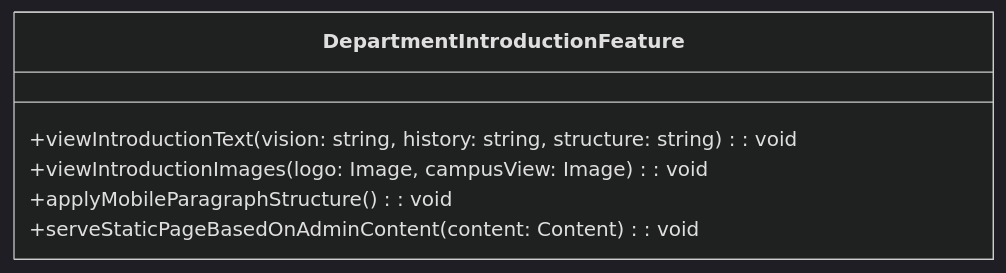
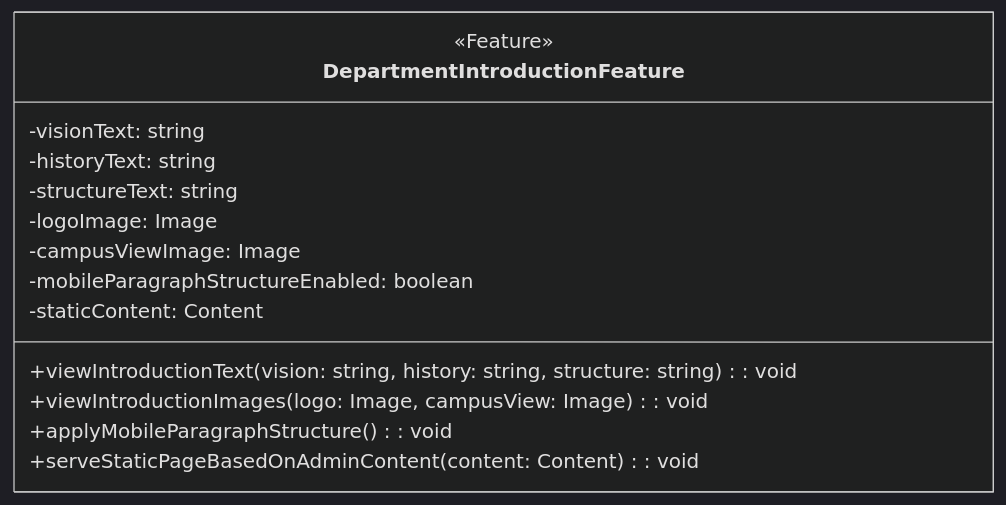
One commit to sun922/University-SoftwareDesign changed the first of 4 diagrams in 1. Requirement Analysis/Software Requirements Specification.md. Above: the diagram before and after it, drawn with Mermaid (dark theme).

Commit message:
다이어그램

````diff
--- a/1. Requirement Analysis/Software Requirements Specification.md
+++ b/1. Requirement Analysis/Software Requirements Specification.md
@@ -113,9 +113,19 @@
 ```mermaid
 classDiagram
     class DepartmentIntroductionFeature {
+        <<Feature>>
+        -visionText: string
+        -historyText: string
+        -structureText: string
+        -logoImage: Image
+        -campusViewImage: Image
+        -mobileParagraphStructureEnabled: boolean
+        -staticContent: Content
+
         +viewIntroductionText(vision: string, history: string, structure: string): void
         +viewIntroductionImages(logo: Image, campusView: Image): void
         +applyMobileParagraphStructure(): void
         +serveStaticPageBasedOnAdminContent(content: Content): void
     }
+
 ```
````
